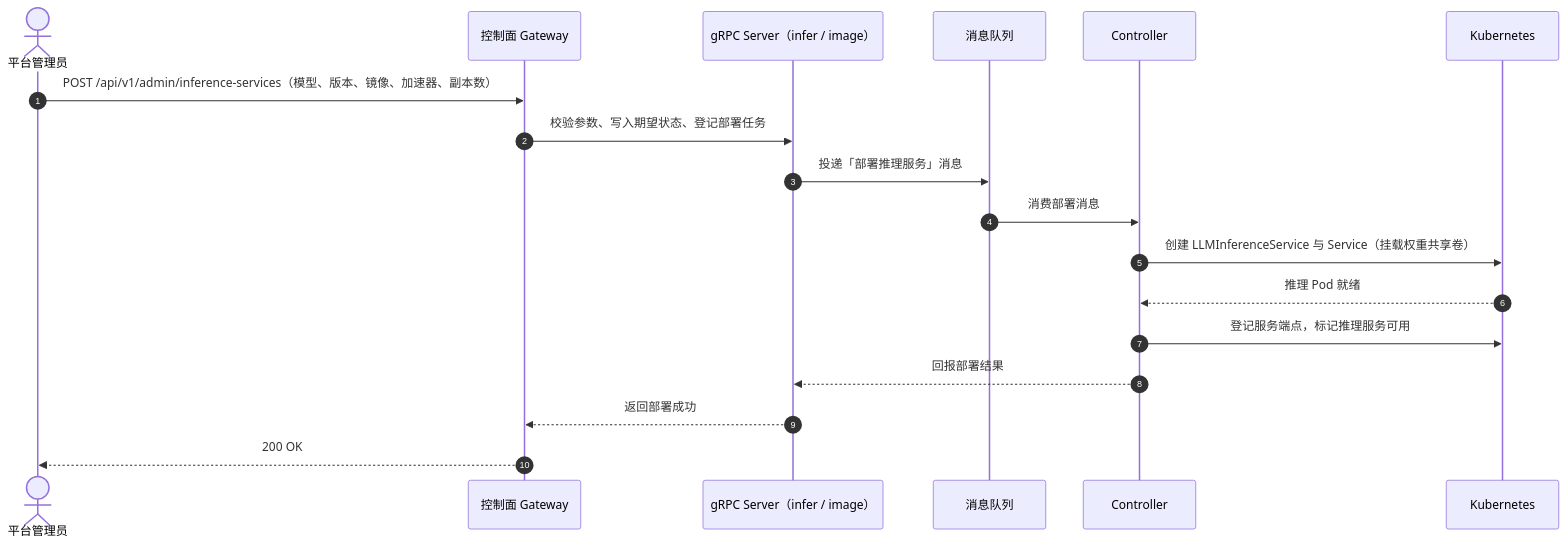
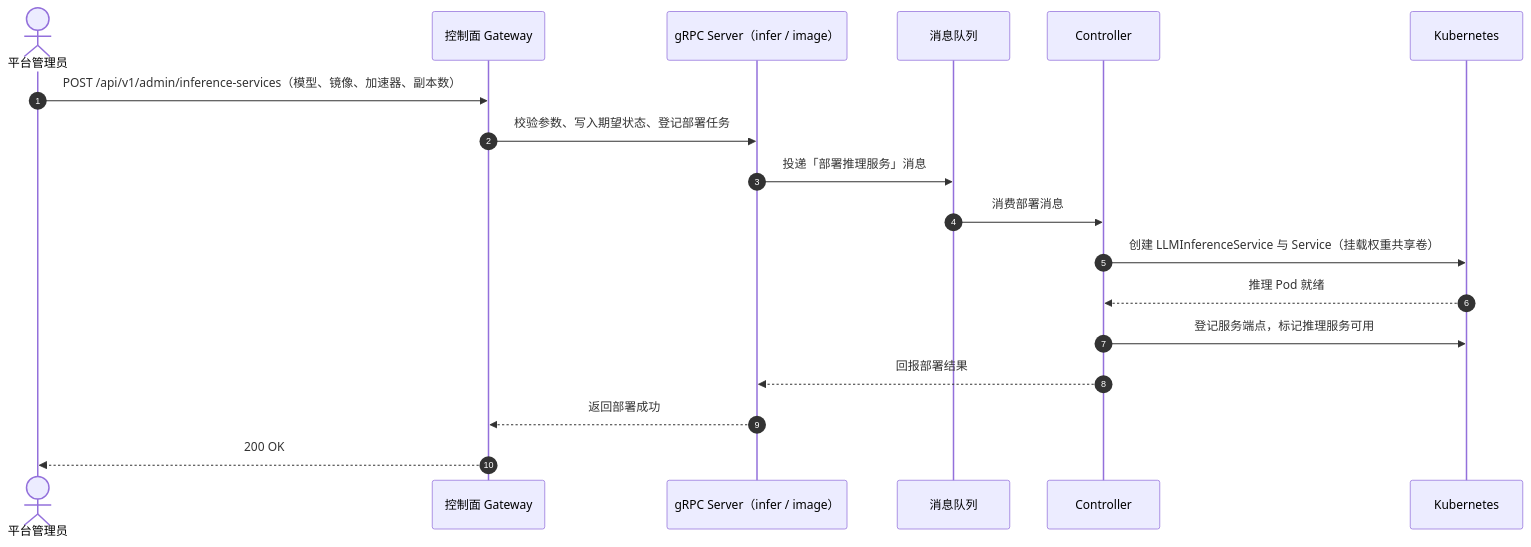
Before and after one commit to go-taas/go-taas: the fifth of 6 diagrams in site/docs/design/architecture.zh-cn.md, drawn with Mermaid. The commit also changed other lines of this file and 24 other files, not shown here.

````diff
--- a/site/docs/design/architecture.zh-cn.md
+++ b/site/docs/design/architecture.zh-cn.md
@@ -523,21 +523,21 @@
 ```mermaid
 sequenceDiagram
     autonumber
     actor Admin as 平台管理员
     participant CGW as 控制面 Gateway
     participant GRPC as gRPC Server（infer / image）
     participant MQ as 消息队列
     participant CTRL as Controller
     participant K8s as Kubernetes
 
-    Admin->>CGW: POST /api/v1/admin/inference-services（模型、版本、镜像、加速器、副本数）
+    Admin->>CGW: POST /api/v1/admin/inference-services（模型、镜像、加速器、副本数）
     CGW->>GRPC: 校验参数、写入期望状态、登记部署任务
     GRPC->>MQ: 投递「部署推理服务」消息
     MQ->>CTRL: 消费部署消息
     CTRL->>K8s: 创建 LLMInferenceService 与 Service（挂载权重共享卷）
     K8s-->>CTRL: 推理 Pod 就绪
     CTRL->>K8s: 登记服务端点，标记推理服务可用
     CTRL-->>GRPC: 回报部署结果
     GRPC-->>CGW: 返回部署成功
     CGW-->>Admin: 200 OK
 ```
````
